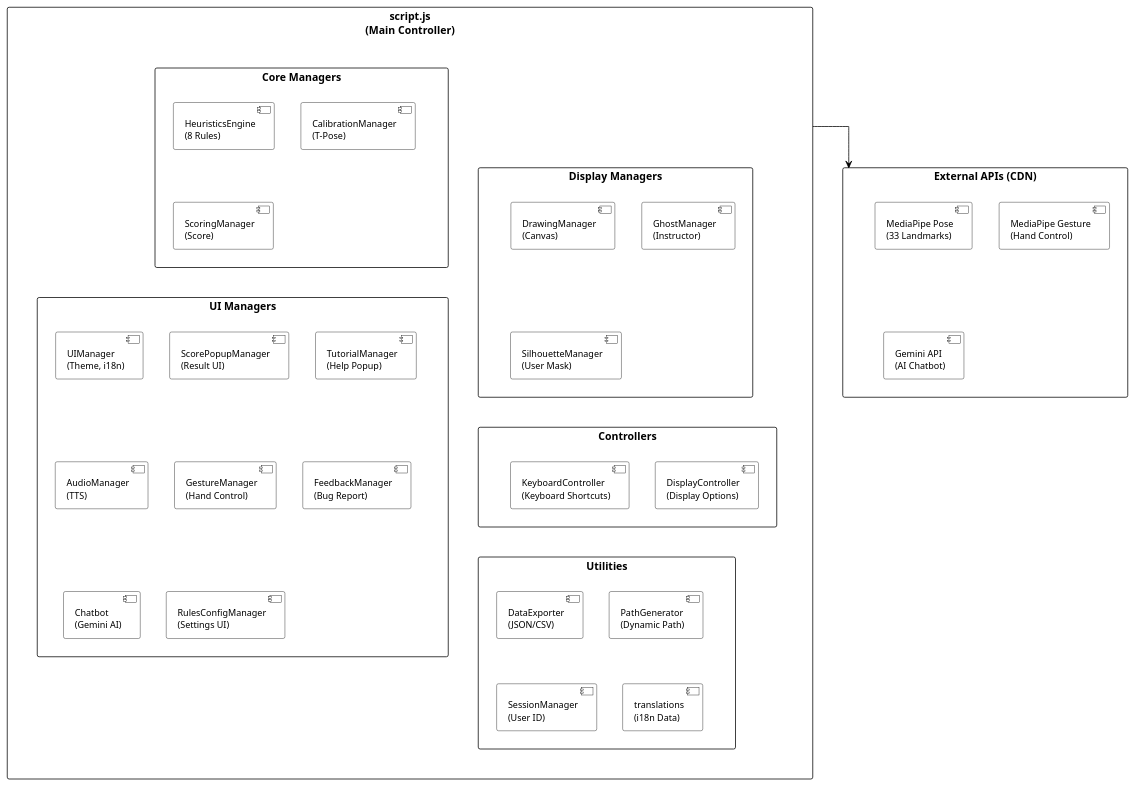
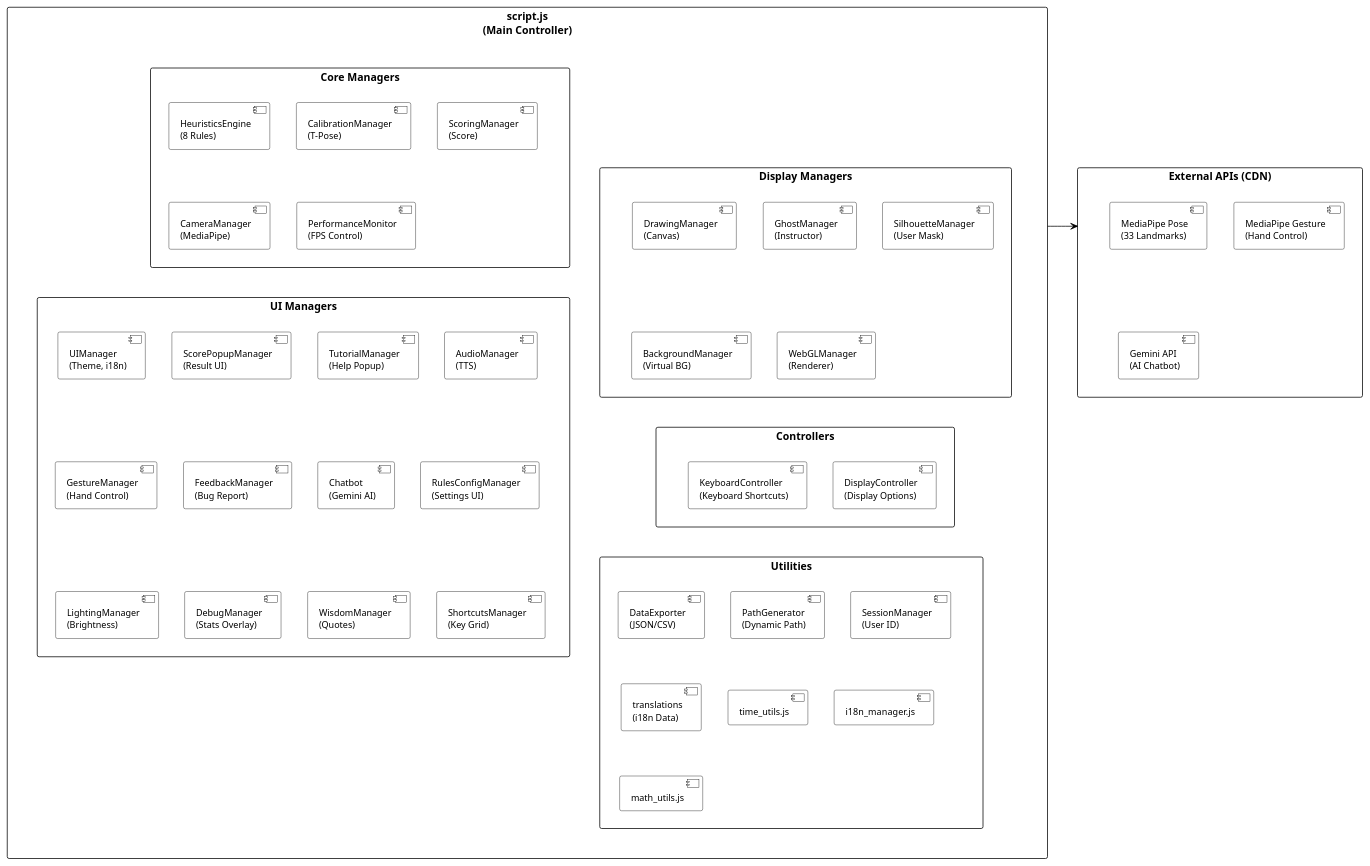
One commit to vyut/TaijiFlow changed the diagram in docs/diagrams/TaijiFlow_Structure.wsd. Above: the diagram before and after it, drawn with PlantUML. The commit also changed 20 other files, not shown here.

Commit message:
Updated documents & diagrams

```diff
--- a/docs/diagrams/TaijiFlow_Structure.wsd
+++ b/docs/diagrams/TaijiFlow_Structure.wsd
@@ -1,96 +1,107 @@
 @startuml TaijiFlow_Structure
 ' ============================================================================
 ' TaijiFlow AI - System Structure Diagram (clean)
 ' ============================================================================
 ' - Main Container: script.js (Main Controller)
 ' - Content: Core, Display, UI, Controllers, Utilities (Vertical Stack)
 ' - No internal lines
 ' - Single arrow to External APIs
 ' ============================================================================
 
 skinparam defaultFontName "Sarabun"
 skinparam backgroundColor white
 skinparam linetype ortho
 skinparam handwritten false
 skinparam shadow false
 skinparam nodesep 0.6
 skinparam ranksep 0.6
 
 ' Style customization
 skinparam rectangle {
     BackgroundColor white
     BorderColor black
     FontSize 14
     FontStyle bold
     Padding 10
 }
 
 skinparam component {
     BackgroundColor white
     BorderColor black
     ArrowColor black
     FontSize 12
     Padding 8
 }
 
 ' === MAIN SYSTEM CONTAINER (script.js) ===
 rectangle "script.js\n(Main Controller)" as MainContainer {
     
     ' -- 1. Core Managers --
     rectangle "Core Managers" as CorePkg {
         component "HeuristicsEngine\n(8 Rules)" as Heuristics
         component "CalibrationManager\n(T-Pose)" as Calibration
         component "ScoringManager\n(Score)" as Scoring
+        component "CameraManager\n(MediaPipe)" as Camera
+        component "PerformanceMonitor\n(FPS Control)" as PerfMon
     }
 
     ' -- 2. Display Managers --
     rectangle "Display Managers" as DisplayPkg {
         component "DrawingManager\n(Canvas)" as Drawing
         component "GhostManager\n(Instructor)" as Ghost
         component "SilhouetteManager\n(User Mask)" as Silhouette
+        component "BackgroundManager\n(Virtual BG)" as Background
+        component "WebGLManager\n(Renderer)" as WebGL
     }
 
     ' -- 3. UI Managers --
     rectangle "UI Managers" as UIPkg {
         component "UIManager\n(Theme, i18n)" as UI
         component "ScorePopupManager\n(Result UI)" as ScorePopup
         component "TutorialManager\n(Help Popup)" as Tutorial
         component "AudioManager\n(TTS)" as AudioManager
         component "GestureManager\n(Hand Control)" as Gesture
         component "FeedbackManager\n(Bug Report)" as Feedback
         component "Chatbot\n(Gemini AI)" as ChatbotBean
         component "RulesConfigManager\n(Settings UI)" as RulesConfig
+        component "LightingManager\n(Brightness)" as Lighting
+        component "DebugManager\n(Stats Overlay)" as Debug
+        component "WisdomManager\n(Quotes)" as Wisdom
+        component "ShortcutsManager\n(Key Grid)" as Shortcuts
     }
 
     ' -- 4. Controllers --
     rectangle "Controllers" as CtrlPkg {
         component "DisplayController\n(Display Options)" as DisplayCtrl
         component "KeyboardController\n(Keyboard Shortcuts)" as KeyboardCtrl
     }
 
     ' -- 5. Utilities --
     rectangle "Utilities" as UtilPkg {
         component "DataExporter\n(JSON/CSV)" as Exporter
         component "PathGenerator\n(Dynamic Path)" as PathGen
         component "SessionManager\n(User ID)" as Session
         component "translations\n(i18n Data)" as Translations
+        component "time_utils.js" as TimeUtils
+        component "i18n_manager.js" as I18n
+        component "math_utils.js" as MathUtils
     }
 }
 
 ' === EXTERNAL APIs ===
 rectangle "External APIs (CDN)" as External {
     component "MediaPipe Pose\n(33 Landmarks)" as MPPose
     component "MediaPipe Gesture\n(Hand Control)" as MPGesture
     component "Gemini API\n(AI Chatbot)" as GeminiAPI
 }
 
 ' === LAYOUT ENFORCEMENT (Vertical Stack inside MainContainer) ===
 CorePkg -[hidden]down-> DisplayPkg
 DisplayPkg -[hidden]down-> UIPkg
 UIPkg -[hidden]down-> CtrlPkg
 CtrlPkg -[hidden]down-> UtilPkg
 
 ' === SINGLE EXTERNAL CONNECTION ===
 MainContainer -down-> External
 
 @enduml
```
